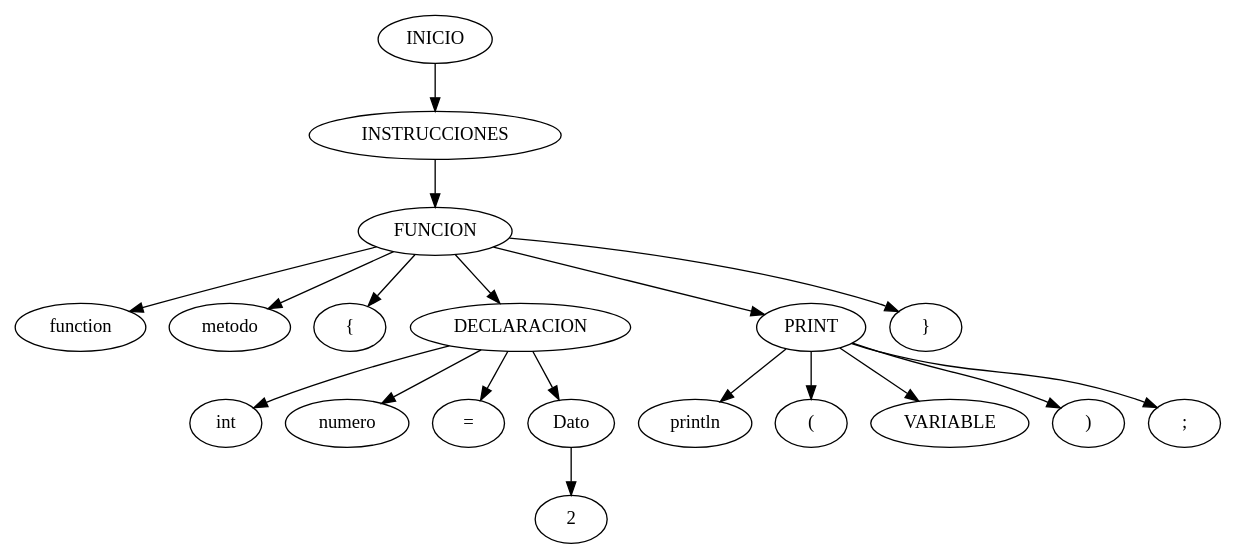
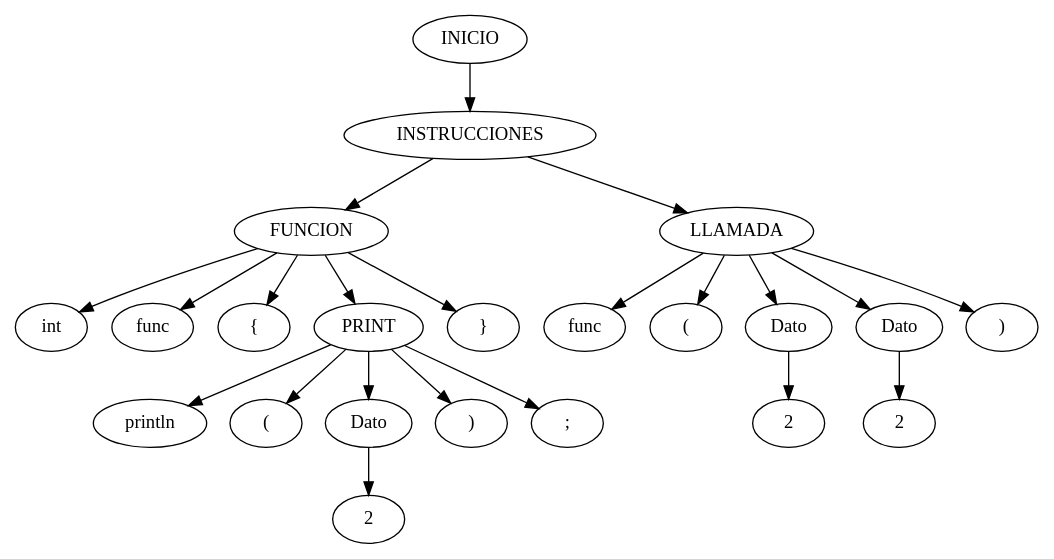
The diagram in server/arbolAST.dot (Ssolares0/OLC1_Proyecto2_202004822), drawn with Graphviz before and after one commit. The commit also changed 7 other files, not shown here.

```diff
--- a/server/arbolAST.dot
+++ b/server/arbolAST.dot
@@ -1,40 +1,46 @@
 digraph arbolAST{ 
       n0[label="INICIO"];
       n1[label="INSTRUCCIONES"];
       n0 -> n1;
 n2[label="FUNCION"];
       n1 -> n2;
-n3[label="function"];
+n3[label="int"];
       n2 -> n3;
-n4[label="metodo"];
+n4[label="func"];
       n2 -> n4;
 n5[label="{"];
       n2 -> n5;
-n6[label="DECLARACION"];
+n6[label="PRINT"];
       n2 -> n6;
-n7[label="int"];
+n7[label="println"];
       n6 -> n7;
-n8[label="numero"];
+n8[label="("];
       n6 -> n8;
-n9[label="="];
+n9[label="Dato"];
       n6 -> n9;
-n10[label="Dato"];
-      n6 -> n10;
-n11[label="2"];
-      n10 -> n11;
-n12[label="PRINT"];
-      n2 -> n12;
-n13[label="println"];
-      n12 -> n13;
-n14[label="("];
-      n12 -> n14;
-n15[label="VARIABLE"];
-      n12 -> n15;
-n16[label=")"];
-      n12 -> n16;
-n17[label=";"];
-      n12 -> n17;
-n18[label="}"];
-      n2 -> n18;
+n10[label="2"];
+      n9 -> n10;
+n11[label=")"];
+      n6 -> n11;
+n12[label=";"];
+      n6 -> n12;
+n13[label="}"];
+      n2 -> n13;
+n14[label="LLAMADA"];
+      n1 -> n14;
+n15[label="func"];
+      n14 -> n15;
+n16[label="("];
+      n14 -> n16;
+n17[label="Dato"];
+      n14 -> n17;
+n18[label="2"];
+      n17 -> n18;
+n19[label="Dato"];
+      n14 -> n19;
+n20[label="2"];
+      n19 -> n20;
+n21[label=")"];
+      n14 -> n21;
 
     }
```
